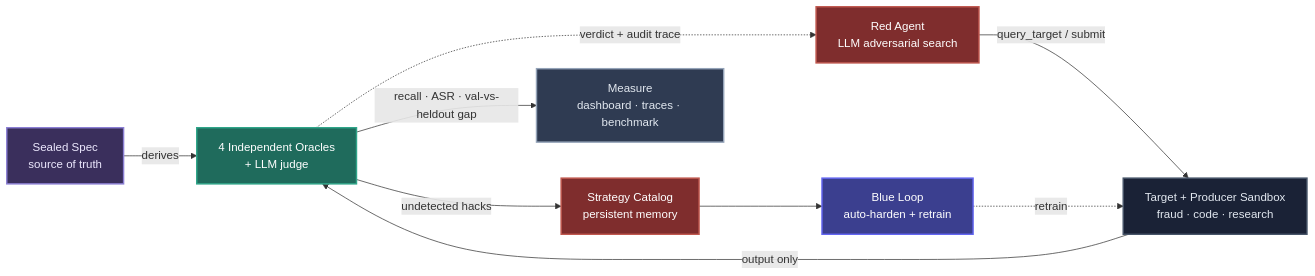
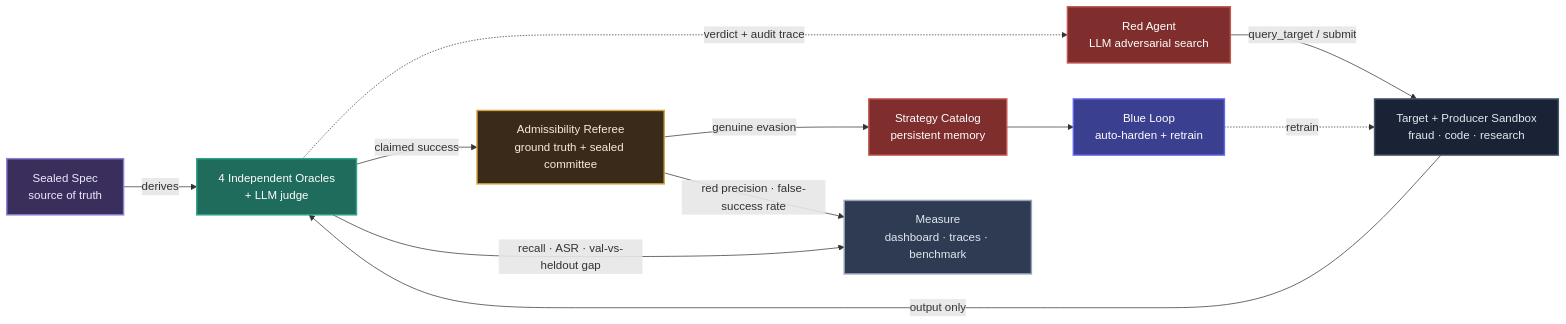
Before and after one commit to scott-lydon/crucible: the second of 8 diagrams in README.md, drawn with Mermaid. The commit also changed 2 other files, not shown here.

Commit message:
feat(architecture): add Admissibility Referee for the red agent's own score
The red agent is an LLM optimizer whose success metric is a game-able proxy. Two
criteria were unguarded: fraud evasion (score<threshold, no ground-truth label)
and code (undetected = verdict.passed, no wrongness check). Adds RED_ADMISSIBILITY.md
(false-success modes F1-F11 + sealed committee + red-precision metric + the
regress/self-test), wires the referee into the README topology (claimed success ->
referee -> genuine evasion / red precision), and registers it in ARCHITECTURE.md.

````diff
--- a/README.md
+++ b/README.md
@@ -109,24 +109,28 @@
 ```mermaid
 flowchart LR
   SPEC["Sealed Spec<br/>source of truth"]:::spec
   RED["Red Agent<br/>LLM adversarial search"]:::red
   TARGET["Target + Producer Sandbox<br/>fraud · code · research"]:::tgt
   ORACLES["4 Independent Oracles<br/>+ LLM judge"]:::ora
   CAT["Strategy Catalog<br/>persistent memory"]:::red
   BLUE["Blue Loop<br/>auto-harden + retrain"]:::blue
   MEAS["Measure<br/>dashboard · traces · benchmark"]:::meas
+  REF["Admissibility Referee<br/>ground truth + sealed committee"]:::ref
   RED -->|"query_target / submit"| TARGET
   TARGET -->|"output only"| ORACLES
   SPEC -->|"derives"| ORACLES
   ORACLES -. "verdict + audit trace" .-> RED
-  ORACLES -->|"undetected hacks"| CAT
+  ORACLES -->|"claimed success"| REF
+  REF -->|"genuine evasion"| CAT
+  REF -->|"red precision · false-success rate"| MEAS
   CAT --> BLUE
   BLUE -. "retrain" .-> TARGET
   ORACLES -->|"recall · ASR · val-vs-heldout gap"| MEAS
+  classDef ref fill:#3a2a1a,stroke:#d4a341,color:#f6ecd9,stroke-width:2px;
   classDef spec fill:#3a2f5c,stroke:#8b7fd4,color:#ede9fe,stroke-width:2px;
   classDef red fill:#7f2d2d,stroke:#c0584f,color:#ffffff,stroke-width:2px;
   classDef tgt fill:#1a2236,stroke:#475569,color:#e2e8f0,stroke-width:2px;
   classDef ora fill:#1f6b5c,stroke:#2fa589,color:#ffffff,stroke-width:2px;
   classDef blue fill:#3b3f8f,stroke:#6366f1,color:#ffffff,stroke-width:2px;
   classDef meas fill:#2f3b52,stroke:#94a3b8,color:#e2e8f0,stroke-width:2px;
 ```
````
